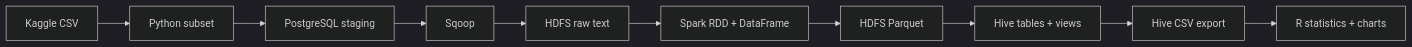
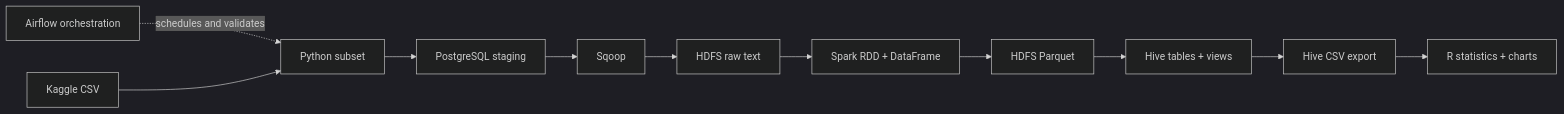
Before and after one commit to asritha353/nyse-big-data-pipeline: the diagram in README.md, drawn with Mermaid (dark theme). The commit also changed other lines of this file and 12 other files, not shown here.

````diff
--- a/README.md
+++ b/README.md
@@ -6,12 +6,13 @@
 ```mermaid
 flowchart LR
+    K[Airflow orchestration] -. schedules and validates .-> B
     A[Kaggle CSV] --> B[Python subset]
     B --> C[PostgreSQL staging]
     C --> D[Sqoop]
     D --> E[HDFS raw text]
     E --> F[Spark RDD + DataFrame]
     F --> G[HDFS Parquet]
     G --> H[Hive tables + views]
     H --> I[Hive CSV export]
     I --> J[R statistics + charts]
 ```
````
